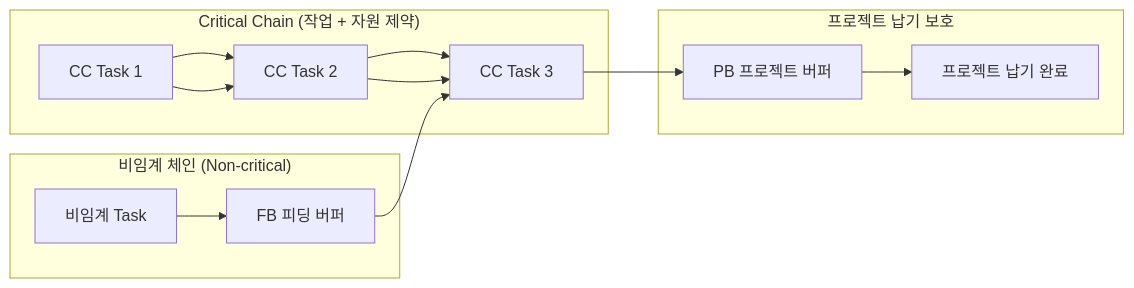
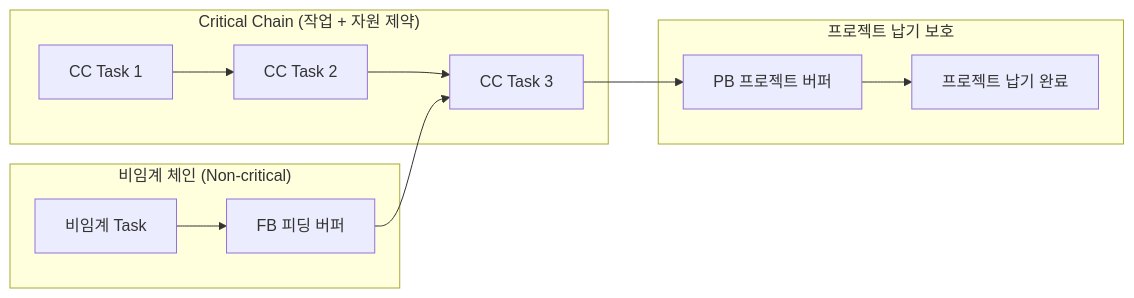
Before and after one commit to agnusdei1207/study: the first of 3 diagrams in src/content/docs/notes/itpe/01-it-strategy/112_critical_chain_toc.md, drawn with Mermaid. The commit also changed other lines of this file and 39 other files, not shown here.

````diff
--- a/src/content/docs/notes/itpe/01-it-strategy/112_critical_chain_toc.md
+++ b/src/content/docs/notes/itpe/01-it-strategy/112_critical_chain_toc.md
@@ -58,16 +58,16 @@
 ```mermaid
 flowchart LR
     subgraph FEEDING["비임계 체인 (Non-critical)"]
         T_FEED["비임계 Task"] --> FB["FB 피딩 버퍼"]
     end
     subgraph CRITICAL["Critical Chain (작업 + 자원 제약)"]
         T1["CC Task 1"] --> T2["CC Task 2"]
         T2 --> T3["CC Task 3"]
     end
     subgraph DELIVERY["프로젝트 납기 보호"]
         PB["PB 프로젝트 버퍼"] --> END["프로젝트 납기 완료"]
     end
 
     FB --> T3
-    T1 --> T2 --> T3 --> PB
+    T3 --> PB
 ```
````
